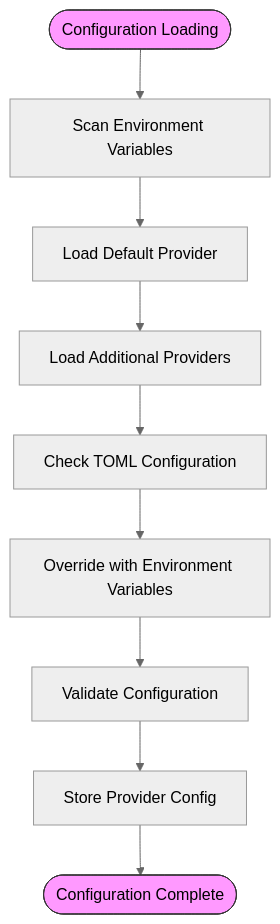
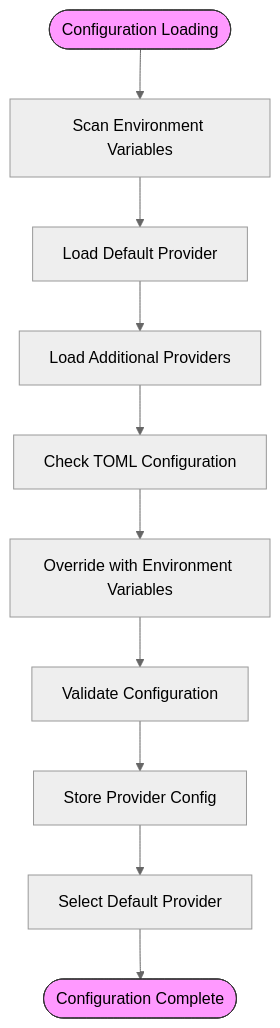
The third of 8 diagrams in .qoder/repowiki/en/content/Core Features/Multi-Provider Support.md (CedarVerse/vandamme-proxy), drawn with Mermaid (neutral theme) before and after one commit. The commit also changed other lines of this file and 9 other files, not shown here.

````diff
--- a/.qoder/repowiki/en/content/Core Features/Multi-Provider Support.md
+++ b/.qoder/repowiki/en/content/Core Features/Multi-Provider Support.md
@@ -139,13 +179,14 @@
 ```mermaid
 flowchart TD
 Start([Configuration Loading]) --> EnvScan["Scan Environment Variables"]
 EnvScan --> DefaultProvider["Load Default Provider"]
 DefaultProvider --> AdditionalProviders["Load Additional Providers"]
 AdditionalProviders --> TOMLCheck["Check TOML Configuration"]
 TOMLCheck --> EnvOverride["Override with Environment Variables"]
 EnvOverride --> Validation["Validate Configuration"]
 Validation --> Result["Store Provider Config"]
-Result --> End([Configuration Complete])
+Result --> DefaultSelection["Select Default Provider"]
+DefaultSelection --> End([Configuration Complete])
 style Start fill:#f9f,stroke:#333
 style End fill:#f9f,stroke:#333
 ```
````
